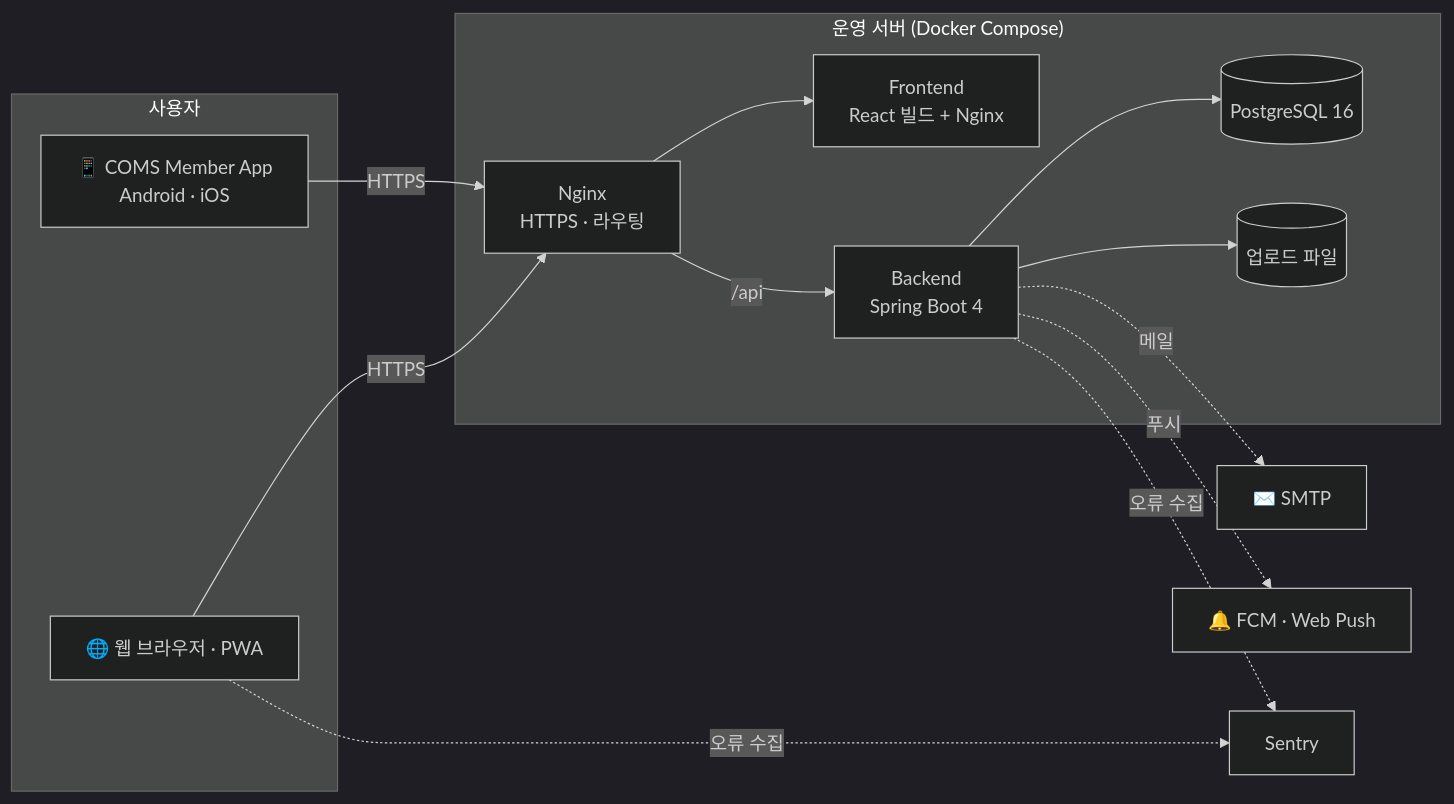
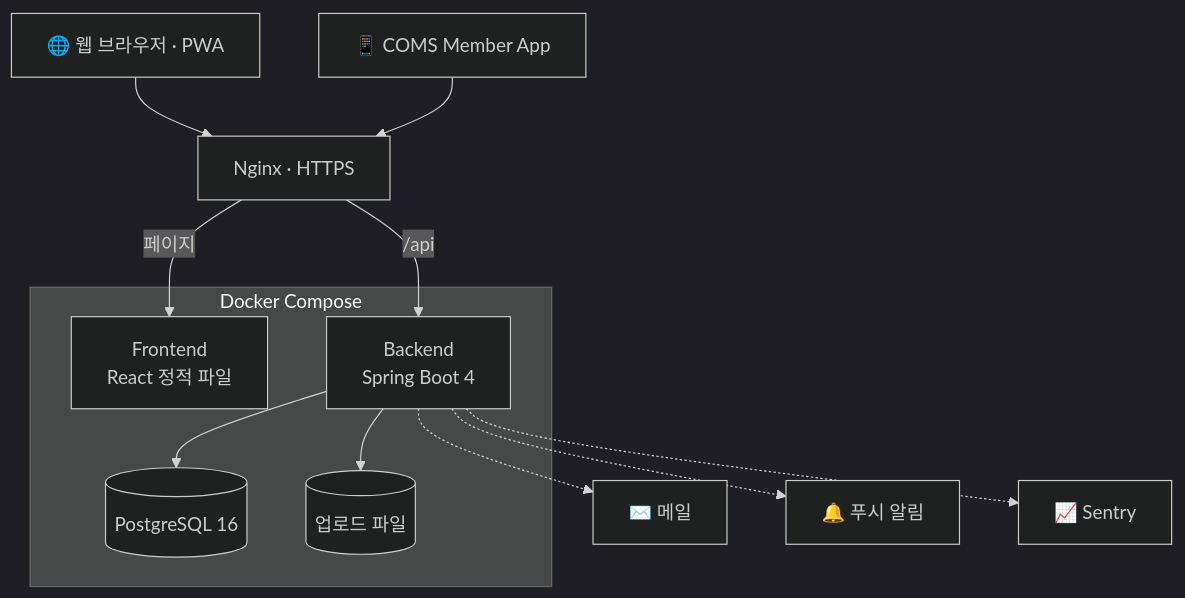
Before and after one commit to kw-coms/coms-website: the first of 2 diagrams in README.md, drawn with Mermaid (dark theme). The commit also changed other lines of this file, not shown here.

Commit message:
docs: README 구조도를 세로형으로 바꾸고 호스트 Nginx 위치를 바로잡는다

````diff
--- a/README.md
+++ b/README.md
@@ -139,26 +139,23 @@
 ```mermaid
-flowchart LR
-    subgraph Client["사용자"]
-        W["🌐 웹 브라우저 · PWA"]
-        A["📱 COMS Member App<br/>Android · iOS"]
-    end
+flowchart TB
+    W["🌐 웹 브라우저 · PWA"]
+    A["📱 COMS Member App"]
+    H["Nginx · HTTPS"]
 
-    subgraph Server["운영 서버 (Docker Compose)"]
-        H["Nginx<br/>HTTPS · 라우팅"]
-        F["Frontend<br/>React 빌드 + Nginx"]
+    subgraph Compose["Docker Compose"]
+        F["Frontend<br/>React 정적 파일"]
         B["Backend<br/>Spring Boot 4"]
         D[("PostgreSQL 16")]
         U[("업로드 파일")]
     end
 
-    W -- HTTPS --> H
-    A -- HTTPS --> H
-    H --> F
+    W --> H
+    A --> H
+    H -- "페이지" --> F
     H -- "/api" --> B
     B --> D
     B --> U
-    B -. 메일 .-> M["✉️ SMTP"]
-    B -. 푸시 .-> P["🔔 FCM · Web Push"]
-    W -. 오류 수집 .-> S["Sentry"]
-    B -. 오류 수집 .-> S
+    B -.-> M["✉️ 메일"]
+    B -.-> P["🔔 푸시 알림"]
+    B -.-> S["📈 Sentry"]
 ```
````
